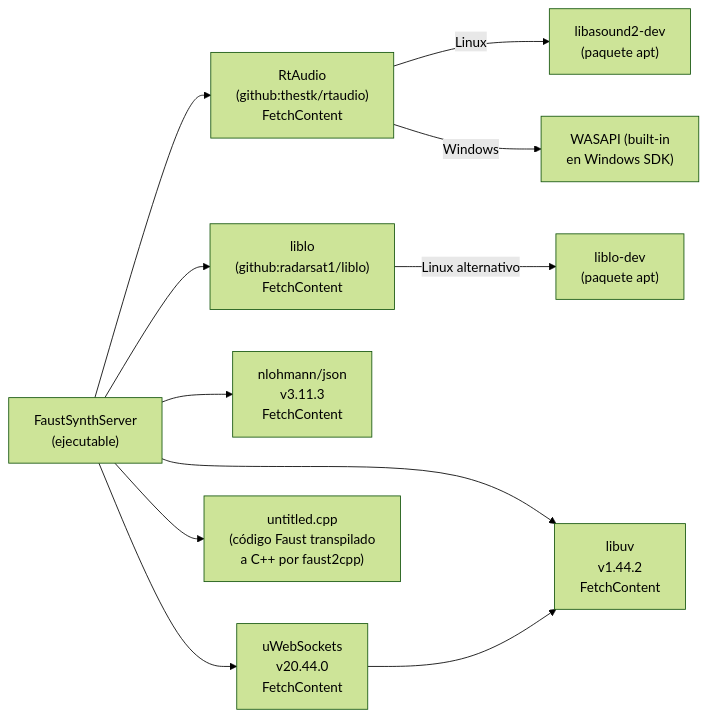
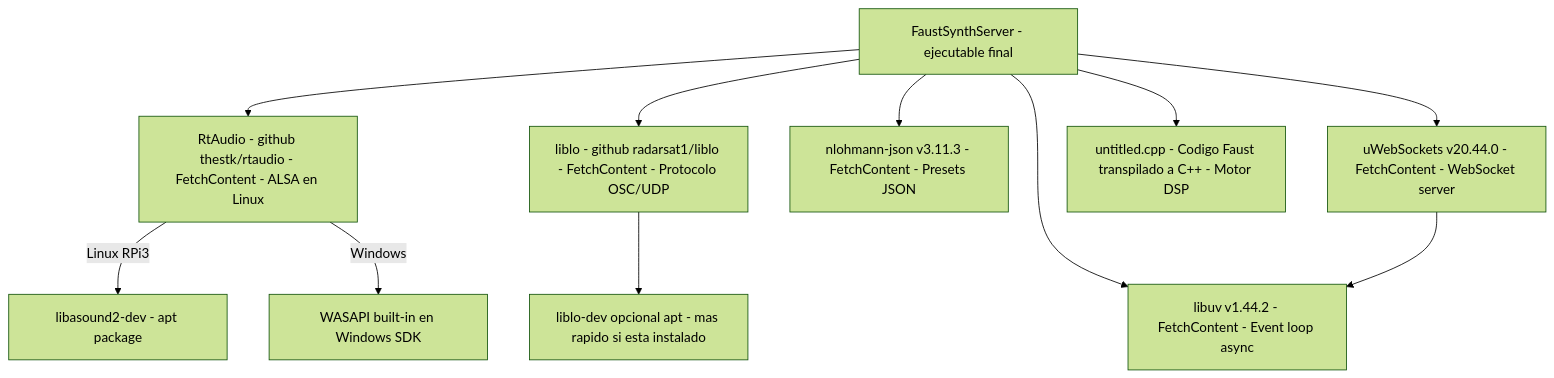
One commit to Zann181/sintetizador changed diagram 12 of 12 in README.md. Above: the diagram before and after it, drawn with Mermaid (forest theme). The commit also changed other lines of this file, not shown here.

````diff
--- a/README.md
+++ b/README.md
@@ -1001,16 +1644,16 @@
 ```mermaid
-graph LR
-    EXE["FaustSynthServer\n(ejecutable)"]
+graph TD
+    EXE["FaustSynthServer - ejecutable final"]
 
-    EXE --> RTAUDIO_LIB["RtAudio\n(github:thestk/rtaudio)\nFetchContent"]
-    EXE --> LIBLO["liblo\n(github:radarsat1/liblo)\nFetchContent"]
-    EXE --> NLOHMANN["nlohmann/json\nv3.11.3\nFetchContent"]
-    EXE --> UWS["uWebSockets\nv20.44.0\nFetchContent"]
-    EXE --> LIBUV["libuv\nv1.44.2\nFetchContent"]
-    EXE --> FAUST_CPP["untitled.cpp\n(código Faust transpilado\na C++ por faust2cpp)"]
+    EXE --> RTAUDIO_DEP["RtAudio - github thestk/rtaudio - FetchContent - ALSA en Linux"]
+    EXE --> LIBLO_DEP["liblo - github radarsat1/liblo - FetchContent - Protocolo OSC/UDP"]
+    EXE --> NLOHMANN_DEP["nlohmann-json v3.11.3 - FetchContent - Presets JSON"]
+    EXE --> UWS_DEP["uWebSockets v20.44.0 - FetchContent - WebSocket server"]
+    EXE --> LIBUV_DEP["libuv v1.44.2 - FetchContent - Event loop async"]
+    EXE --> FAUST_DEP["untitled.cpp - Codigo Faust transpilado a C++ - Motor DSP"]
 
-    RTAUDIO_LIB -->|"Linux"| ALSA_DEP["libasound2-dev\n(paquete apt)"]
-    RTAUDIO_LIB -->|"Windows"| WASAPI_DEP["WASAPI (built-in\nen Windows SDK)"]
-    LIBLO -->|"Linux alternativo"| LIBLO_APT["liblo-dev\n(paquete apt)"]
-    UWS --> LIBUV
+    RTAUDIO_DEP -->|"Linux RPi3"| ALSA_SYS["libasound2-dev - apt package"]
+    RTAUDIO_DEP -->|"Windows"| WASAPI_SYS["WASAPI built-in en Windows SDK"]
+    LIBLO_DEP --> LO_OPT["liblo-dev opcional apt - mas rapido si esta instalado"]
+    UWS_DEP --> LIBUV_DEP
 ```
````
